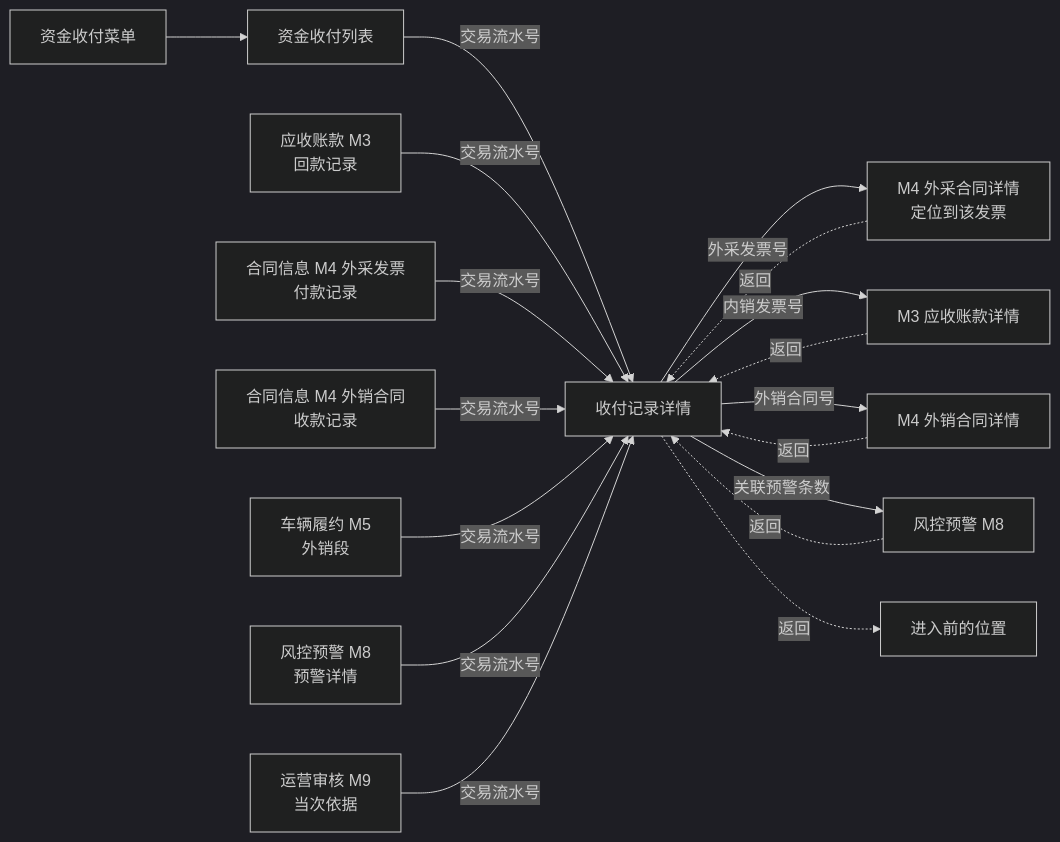
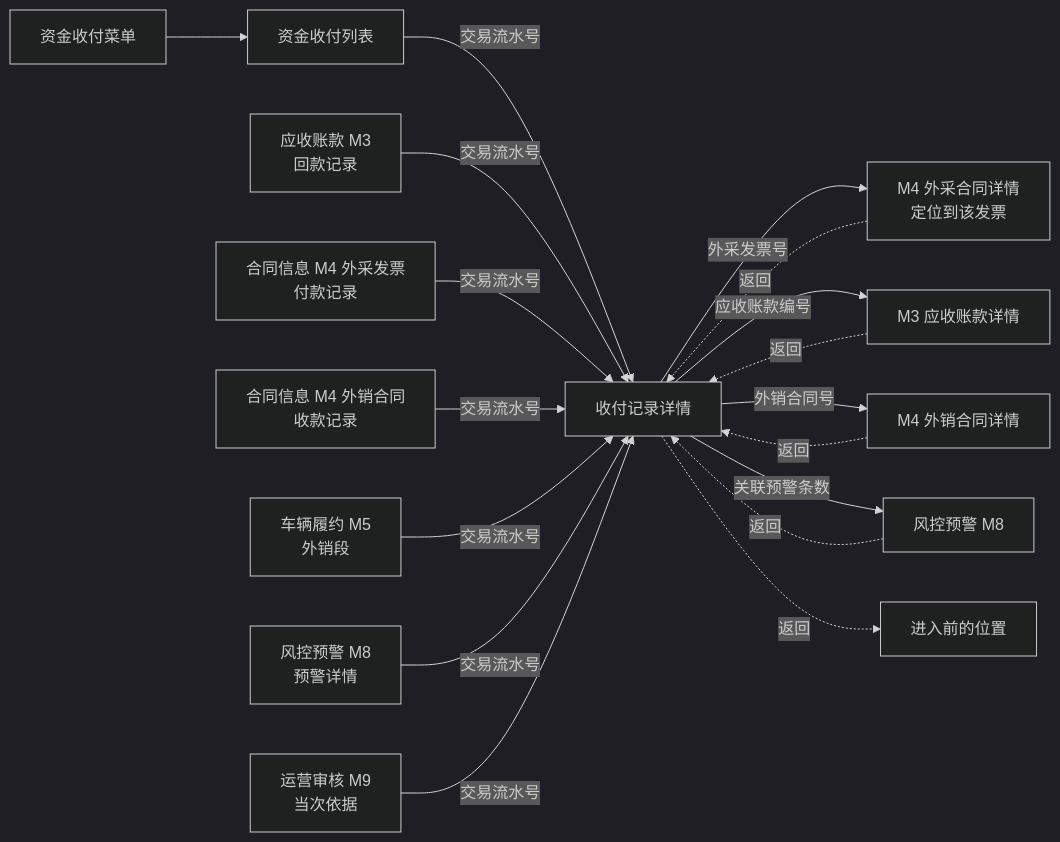
The second of 4 diagrams in asset-trust-platform/PRD/运营端/M14-资金收付/02-资金收付-流程图与状态机.md (wxblockchain/Chain-Financing), drawn with Mermaid (dark theme) before and after one commit. The commit also changed other lines of this file and 3 other files, not shown here.

````diff
--- a/asset-trust-platform/PRD/运营端/M14-资金收付/02-资金收付-流程图与状态机.md
+++ b/asset-trust-platform/PRD/运营端/M14-资金收付/02-资金收付-流程图与状态机.md
@@ -40,20 +41,20 @@
 ```mermaid
 flowchart LR
     MENU[资金收付菜单] --> LIST[资金收付列表]
     LIST -->|交易流水号| D[收付记录详情]
     M3[应收账款 M3<br/>回款记录] -->|交易流水号| D
     M4P[合同信息 M4 外采发票<br/>付款记录] -->|交易流水号| D
     M4S[合同信息 M4 外销合同<br/>收款记录] -->|交易流水号| D
     M5[车辆履约 M5<br/>外销段] -->|交易流水号| D
     M8D[风控预警 M8<br/>预警详情] -->|交易流水号| D
     M9D[运营审核 M9<br/>当次依据] -->|交易流水号| D
     D -->|外采发票号| T1[M4 外采合同详情<br/>定位到该发票]
-    D -->|内销发票号| T2[M3 应收账款详情]
+    D -->|应收账款编号| T2[M3 应收账款详情]
     D -->|外销合同号| T3[M4 外销合同详情]
     D -->|关联预警条数| T4[风控预警 M8]
     T1 -.返回.-> D
     T2 -.返回.-> D
     T3 -.返回.-> D
     T4 -.返回.-> D
     D -.返回.-> SRC[进入前的位置]
 ```
````
